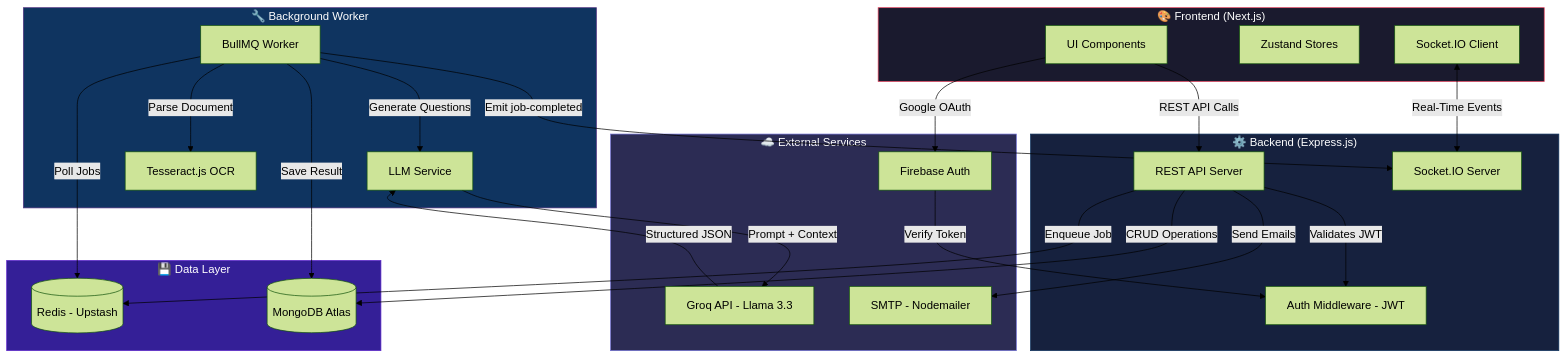
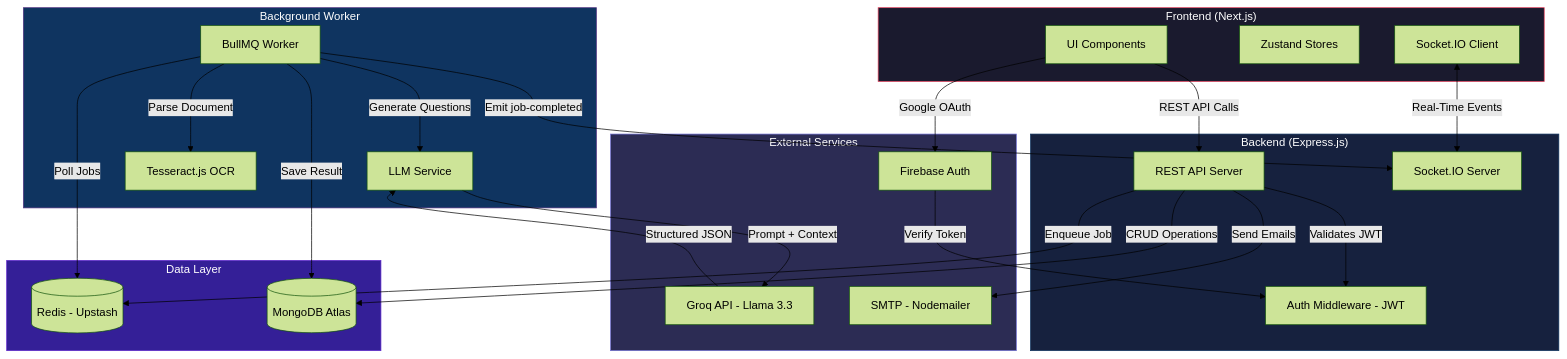
The first of 5 diagrams in README.md (swagatobauri/VedaAI), drawn with Mermaid (forest theme) before and after one commit. The commit also changed other lines of this file, not shown here.

````diff
--- a/README.md
+++ b/README.md
@@ -109,55 +109,55 @@
 ```mermaid
 graph TD
-    subgraph Frontend ["🎨 Frontend (Next.js)"]
+    subgraph Frontend [" Frontend (Next.js)"]
         UI[UI Components]
         ZS[Zustand Stores]
         WS_C[Socket.IO Client]
     end
 
-    subgraph Backend ["⚙️ Backend (Express.js)"]
+    subgraph Backend [" Backend (Express.js)"]
         API[REST API Server]
         AUTH[Auth Middleware - JWT]
         WS_S[Socket.IO Server]
     end
 
-    subgraph Worker ["🔧 Background Worker"]
+    subgraph Worker [" Background Worker"]
         BW[BullMQ Worker]
         LLM_SVC[LLM Service]
         OCR[Tesseract.js OCR]
     end
 
-    subgraph External ["☁️ External Services"]
+    subgraph External [" External Services"]
         GROQ[Groq API - Llama 3.3]
         FB[Firebase Auth]
         SMTP[SMTP - Nodemailer]
     end
 
-    subgraph Data ["💾 Data Layer"]
+    subgraph Data [" Data Layer"]
         REDIS[(Redis - Upstash)]
         MONGO[(MongoDB Atlas)]
     end
 
     UI -->|REST API Calls| API
     UI -->|Google OAuth| FB
     API -->|Validates JWT| AUTH
     API -->|Enqueue Job| REDIS
     WS_C <-->|Real-Time Events| WS_S
 
     BW -->|Poll Jobs| REDIS
     BW -->|Parse Document| OCR
     BW -->|Generate Questions| LLM_SVC
     LLM_SVC -->|Prompt + Context| GROQ
     GROQ -->|Structured JSON| LLM_SVC
     BW -->|Save Result| MONGO
     BW -->|Emit job-completed| WS_S
 
     API -->|CRUD Operations| MONGO
     API -->|Send Emails| SMTP
     FB -->|Verify Token| AUTH
 
     style Frontend fill:#1a1a2e,stroke:#e94560,color:#fff
     style Backend fill:#16213e,stroke:#0f3460,color:#fff
     style Worker fill:#0f3460,stroke:#533483,color:#fff
     style External fill:#2c2c54,stroke:#706fd3,color:#fff
     style Data fill:#341f97,stroke:#5f27cd,color:#fff
 ```
````
